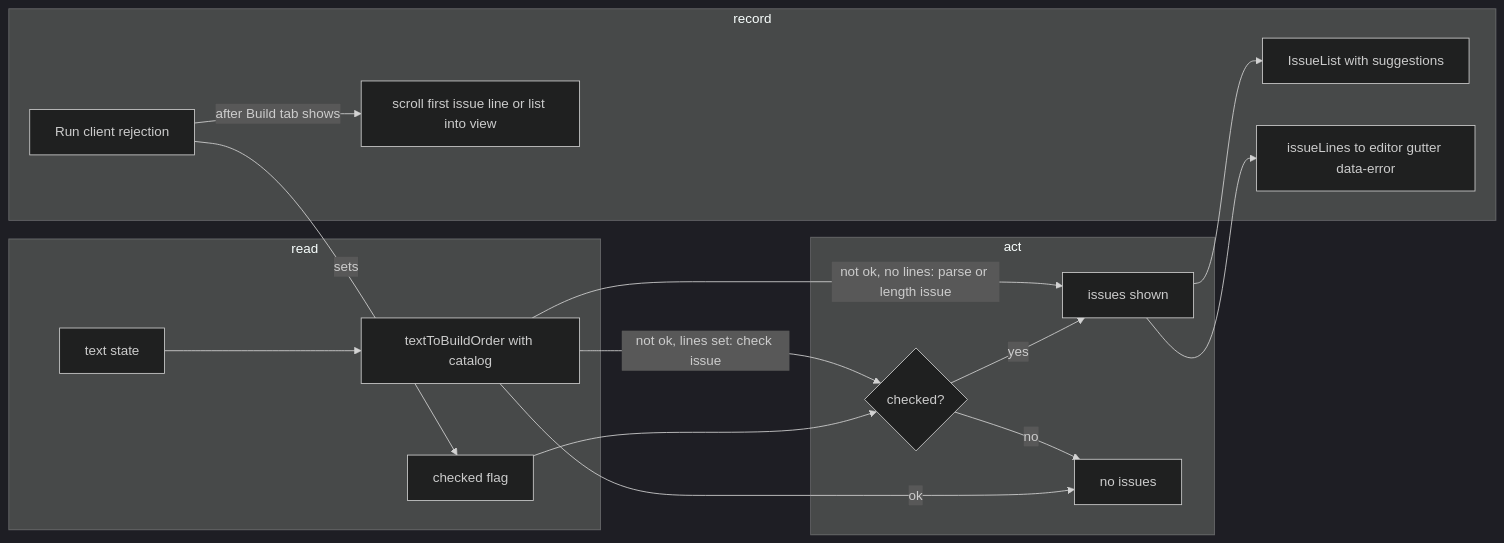
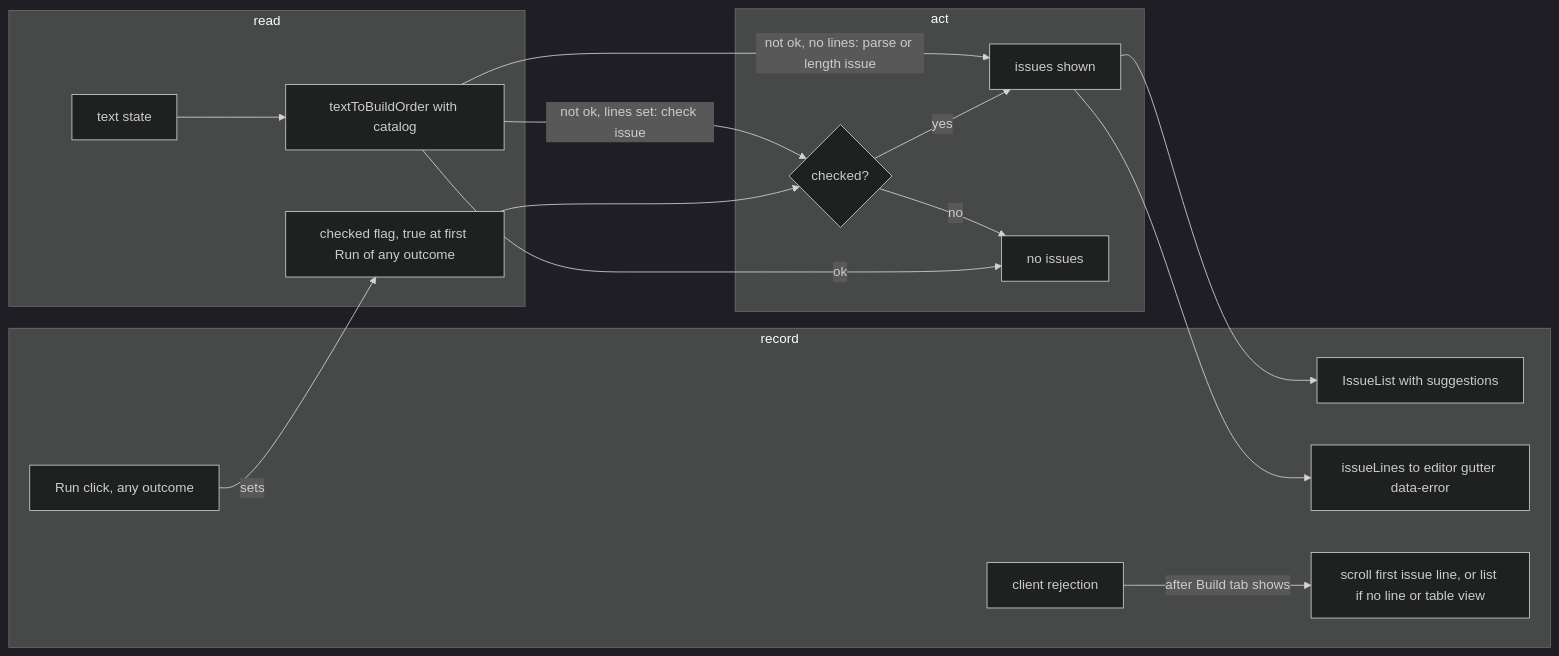
Before and after one commit to NicholasKChoi/WOTR_Combat_Simulator: the diagram in projects/strategy-game-sim/tickets/SGS-067-aoe4-inline-issues-suggestions.md, drawn with Mermaid (dark theme). The commit also changed other lines of this file and 37 other files, not shown here.

First line of the commit message:
Re-spec the M4 tickets with designer pass 4 and split the schema ticket

````diff
--- a/projects/strategy-game-sim/tickets/SGS-067-aoe4-inline-issues-suggestions.md
+++ b/projects/strategy-game-sim/tickets/SGS-067-aoe4-inline-issues-suggestions.md
@@ -124,21 +138,21 @@
 ```mermaid
 flowchart LR
   subgraph read
     T[text state] --> C[textToBuildOrder with catalog]
-    K[checked flag]
+    K[checked flag, true at first Run of any outcome]
   end
   subgraph act
     C -->|not ok, no lines: parse or length issue| S[issues shown]
     C -->|not ok, lines set: check issue| G{checked?}
     K --> G
     G -->|yes| S
     G -->|no| N[no issues]
     C -->|ok| N
   end
   subgraph record
     S --> L[IssueList with suggestions]
     S --> E[issueLines to editor gutter data-error]
-    R[Run client rejection] -->|sets| K
-    R -->|after Build tab shows| SC[scroll first issue line or list into view]
+    R[Run click, any outcome] -->|sets| K
+    R2[client rejection] -->|after Build tab shows| SC[scroll first issue line, or list if no line or table view]
   end
 ```
````
